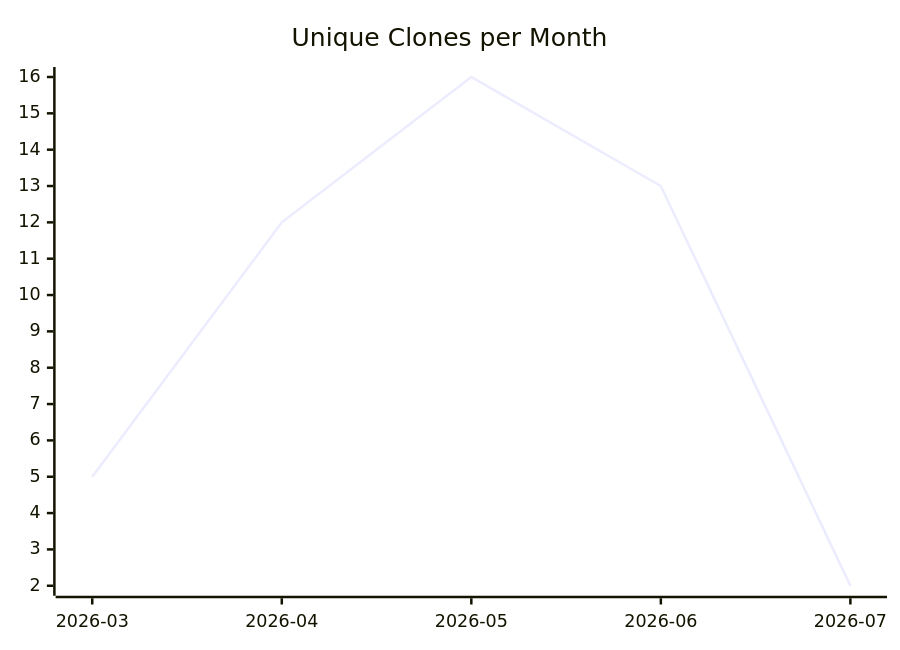
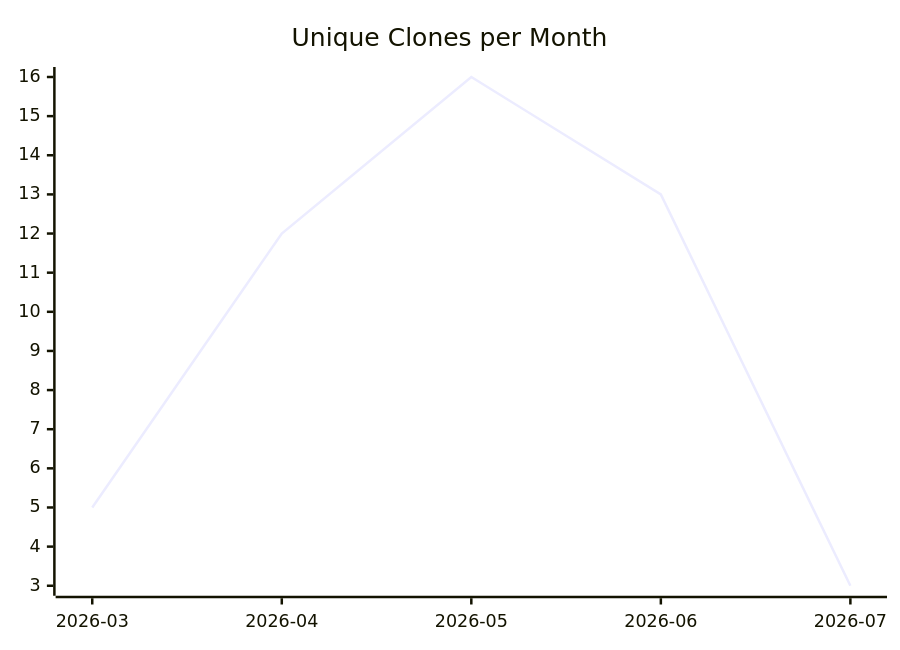
Before and after one commit to justdavis-family/github-analytics-data: the third of 3 diagrams in karlmdavis/justdavis-karl/README.md, drawn with Mermaid. The commit also changed other lines of this file and 184 other files, not shown here.

````diff
--- a/karlmdavis/justdavis-karl/README.md
+++ b/karlmdavis/justdavis-karl/README.md
@@ -19,6 +19,6 @@
 ```mermaid
 xychart-beta
   title "Unique Clones per Month"
   x-axis ["2026-03", "2026-04", "2026-05", "2026-06", "2026-07"]
-  line [5, 12, 16, 13, 2]
+  line [5, 12, 16, 13, 3]
 ```
````
